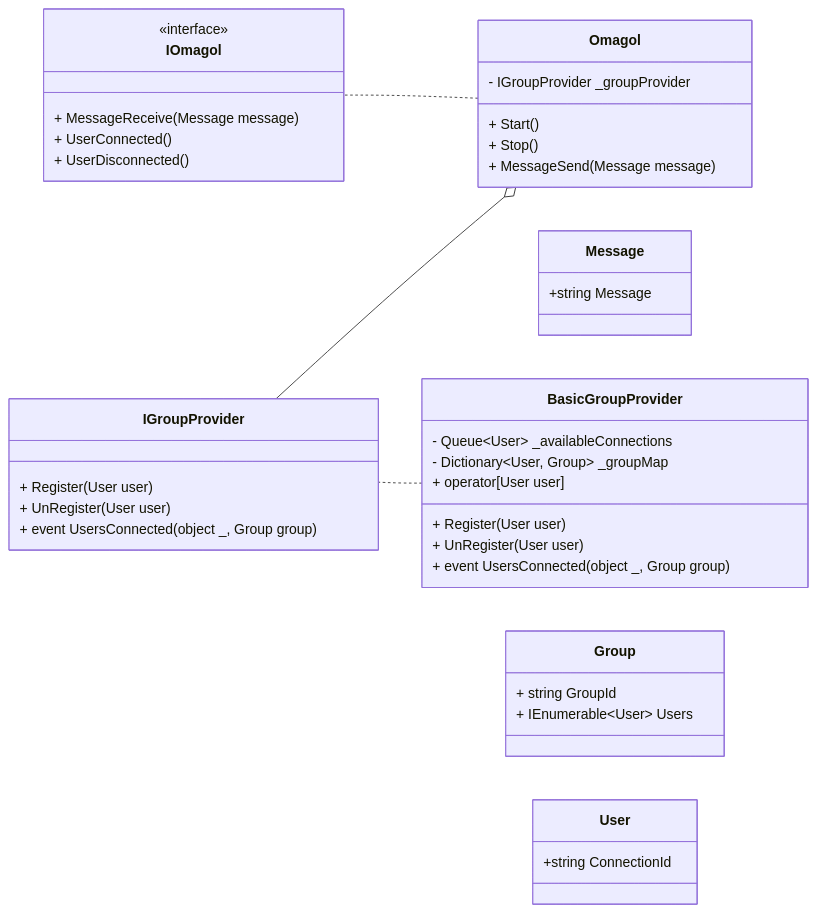
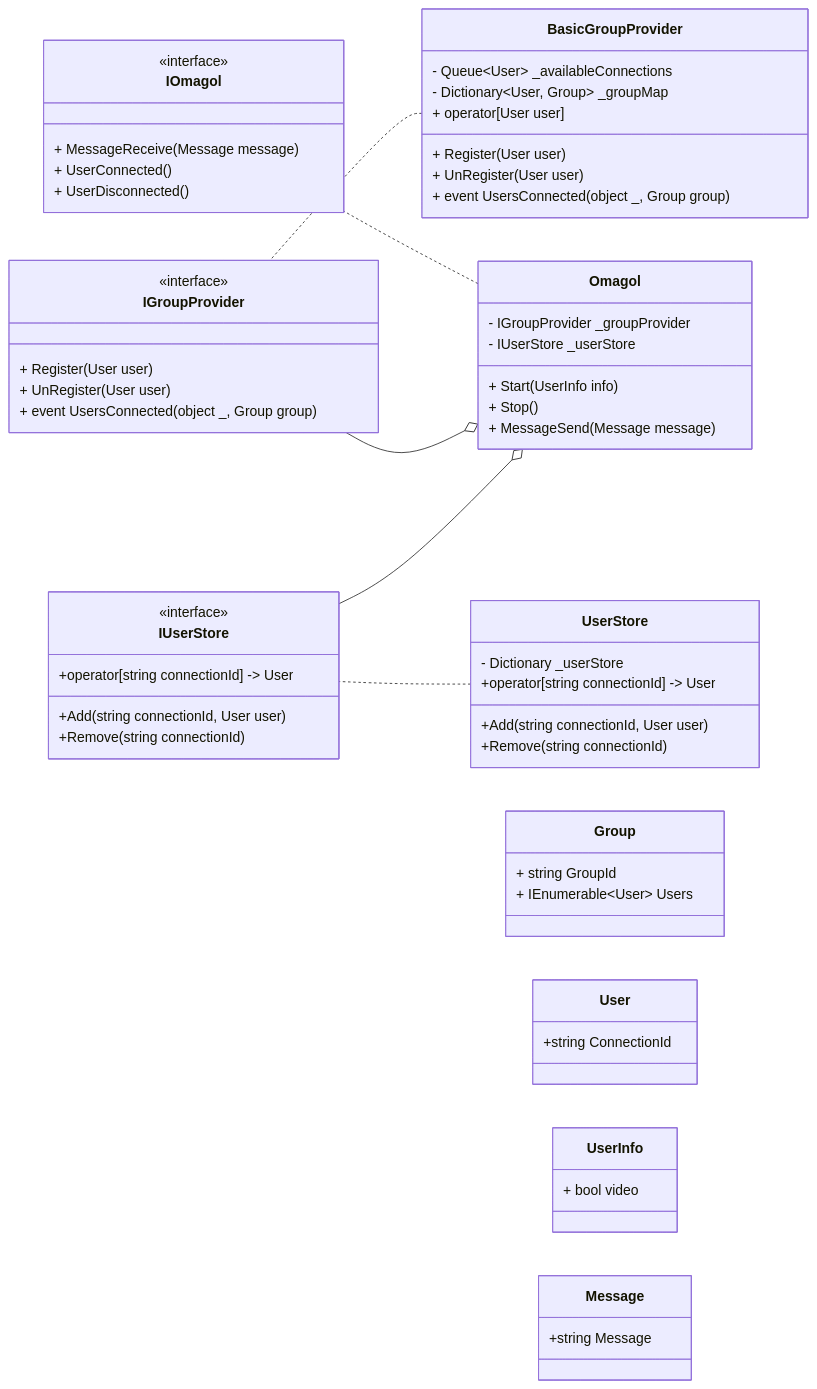
Before and after one commit to Hungerarray/signalR-omagol: the second of 2 diagrams in Docs/omagol.md, drawn with Mermaid. The commit also changed other lines of this file, not shown here.

````diff
--- a/Docs/omagol.md
+++ b/Docs/omagol.md
@@ -62,51 +77,73 @@
 ```mermaid
 classDiagram 
   direction RL
   class IOmagol {
     <<interface>>
     + MessageReceive(Message message)
     + UserConnected()
     + UserDisconnected()
   }
 
   class Omagol {
     - IGroupProvider _groupProvider
-    + Start()
+    - IUserStore _userStore
+    + Start(UserInfo info)
     + Stop()
     + MessageSend(Message message)
   }
   
-  class Message {
-    +string Message
-  }
-
+  
   class IGroupProvider {
+    <<interface>>
     + Register(User user)
     + UnRegister(User user)
     + event UsersConnected(object _, Group group)
   }
 
   class BasicGroupProvider {
     - Queue~User~ _availableConnections
     - Dictionary~User, Group~ _groupMap
     + operator[User user]
     + Register(User user)
     + UnRegister(User user)
     + event UsersConnected(object _, Group group)
   }
 
+  class IUserStore {
+    <<interface>>
+    +operator[string connectionId] -> User
+    +Add(string connectionId, User user)
+    +Remove(string connectionId)
+  }
+
+  class UserStore {
+    - Dictionary<string, User> _userStore
+    +operator[string connectionId] -> User
+    +Add(string connectionId, User user)
+    +Remove(string connectionId)
+  }
+
   class Group {
     + string GroupId
     + IEnumerable~User~ Users
   }
   
   class User {
     +string ConnectionId
   }
+  
+  class UserInfo {
+    + bool video
+  }
+
+  class Message {
+    +string Message
+  }
 
   BasicGroupProvider .. IGroupProvider
+  UserStore .. IUserStore
   Omagol .. IOmagol
   Omagol o-- IGroupProvider
-  
+  Omagol o-- IUserStore 
 
 ```
````
